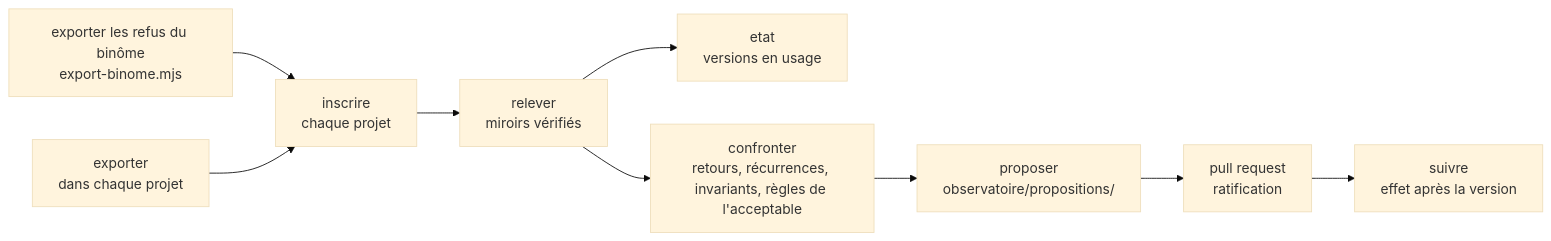
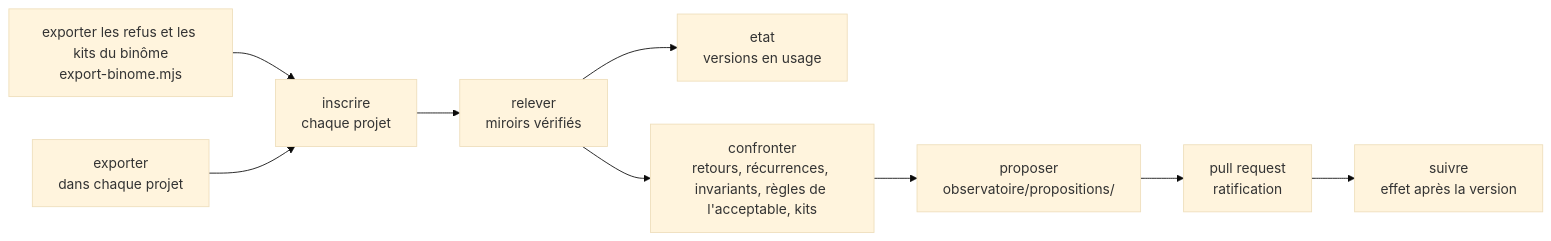
One commit to FredGarcia/Agent2Prompt changed the diagram in docs/observatoire/mode-emploi.md. Above: the diagram before and after it, drawn with Mermaid (base theme). The commit also changed other lines of this file and 90 other files, not shown here.

````diff
--- a/docs/observatoire/mode-emploi.md
+++ b/docs/observatoire/mode-emploi.md
@@ -5,11 +5,11 @@
 ```mermaid
 flowchart LR
-  B["exporter les refus du binôme<br/>export-binome.mjs"] --> I
+  B["exporter les refus et les kits du binôme<br/>export-binome.mjs"] --> I
   E["exporter<br/>dans chaque projet"] --> I["inscrire<br/>chaque projet"]
   I --> R["relever<br/>miroirs vérifiés"]
   R --> T["etat<br/>versions en usage"]
-  R --> C["confronter<br/>retours, récurrences, invariants, règles de l'acceptable"]
+  R --> C["confronter<br/>retours, récurrences, invariants, règles de l'acceptable, kits"]
   C --> P["proposer<br/>observatoire/propositions/"]
   P --> PR["pull request<br/>ratification"]
   PR --> S["suivre<br/>effet après la version"]
 ```
````
